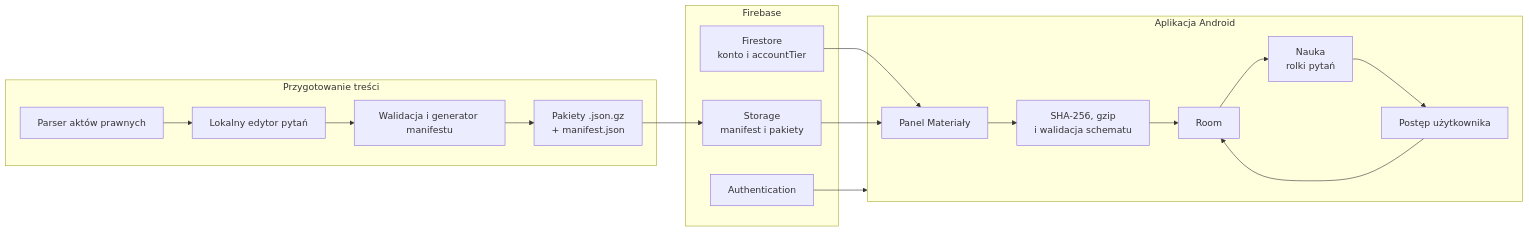
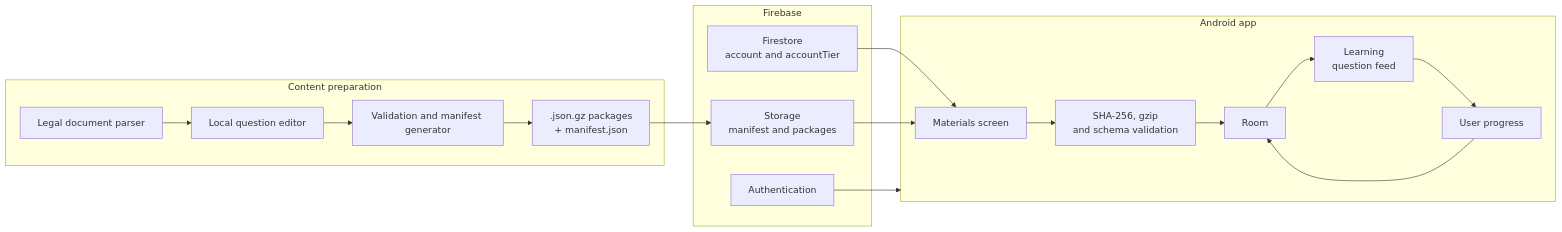
The first of 3 diagrams in README.md (Bartmannn/APPlikacja-showcase), drawn with Mermaid before and after one commit. The commit also changed other lines of this file and 1 other file, not shown here.

````diff
--- a/README.md
+++ b/README.md
@@ -54,32 +49,32 @@
 ```mermaid
 flowchart LR
-    subgraph PUB["Przygotowanie treści"]
-        P["Parser aktów prawnych"] --> E["Lokalny edytor pytań"]
-        E --> G["Walidacja i generator manifestu"]
-        G --> Z["Pakiety .json.gz<br/>+ manifest.json"]
+    subgraph PUB["Content preparation"]
+        P["Legal document parser"] --> E["Local question editor"]
+        E --> G["Validation and manifest generator"]
+        G --> Z[".json.gz packages<br/>+ manifest.json"]
     end
 
     subgraph FB["Firebase"]
         A["Authentication"]
-        F["Firestore<br/>konto i accountTier"]
-        S["Storage<br/>manifest i pakiety"]
+        F["Firestore<br/>account and accountTier"]
+        S["Storage<br/>manifest and packages"]
     end
 
-    subgraph APP["Aplikacja Android"]
-        M["Panel Materiały"]
-        V["SHA-256, gzip<br/>i walidacja schematu"]
+    subgraph APP["Android app"]
+        M["Materials screen"]
+        V["SHA-256, gzip<br/>and schema validation"]
         R["Room"]
-        N["Nauka<br/>rolki pytań"]
-        PR["Postęp użytkownika"]
+        N["Learning<br/>question feed"]
+        PR["User progress"]
     end
 
     Z --> S
     A --> APP
     F --> M
     S --> M
     M --> V
     V --> R
     R --> N
     N --> PR
     PR --> R
 ```
````
